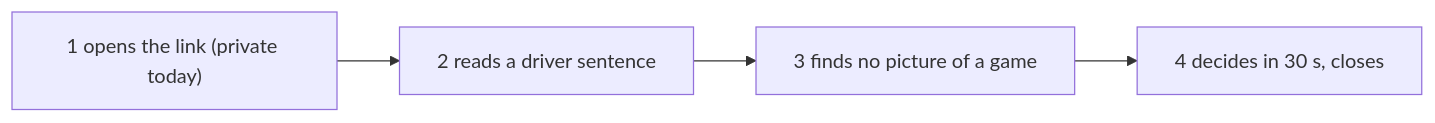
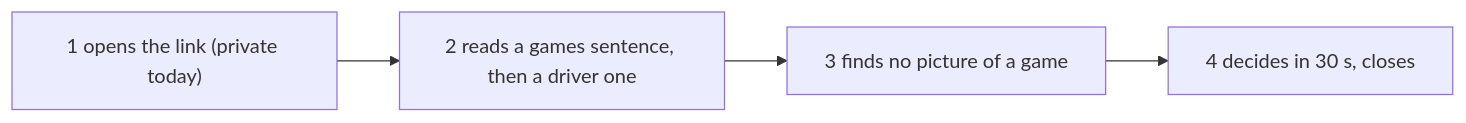
The second of 2 diagrams in docs/discovery/2026-11-02-games-restyle/jobs-and-journeys.md (xmejkal/pixel-games), drawn with Mermaid before and after one commit. The commit also changed other lines of this file and 6 other files, not shown here.

````diff
--- a/docs/discovery/2026-11-02-games-restyle/jobs-and-journeys.md
+++ b/docs/discovery/2026-11-02-games-restyle/jobs-and-journeys.md
@@ -61,6 +61,6 @@
 ```mermaid
 flowchart LR
-  h1["1 opens the link (private today)"] --> h2["2 reads a driver sentence"]
+  h1["1 opens the link (private today)"] --> h2["2 reads a games sentence, then a driver one"]
   h2 --> h3["3 finds no picture of a game"]
   h3 --> h4["4 decides in 30 s, closes"]
 ```
````
